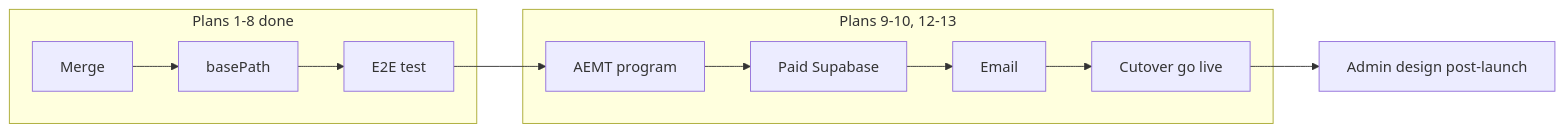
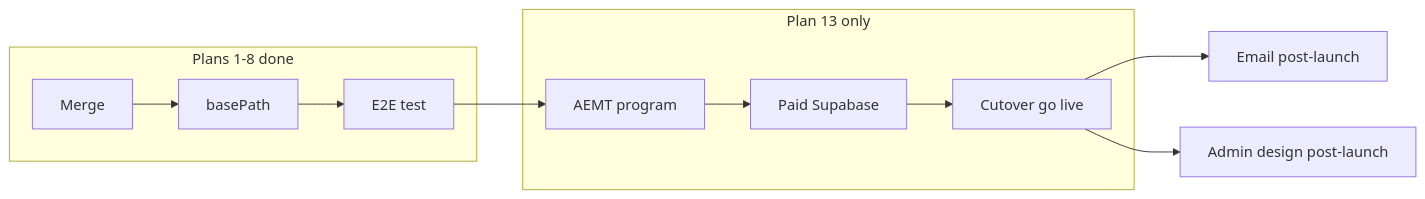
Before and after one commit to abenson07/midwestea: the diagram in docs/migration-plan.md, drawn with Mermaid. The commit also changed other lines of this file and 3 other files, not shown here.

First line of the commit message:
Update cutover runbook and migration plan for production launch.

````diff
--- a/docs/migration-plan.md
+++ b/docs/migration-plan.md
@@ -79,14 +77,14 @@
 ```mermaid
 flowchart LR
   subgraph foundation [Plans 1-8 done]
     P1[Merge] --> P2[basePath]
     P2 --> P8[E2E test]
   end
-  subgraph prelaunch [Plans 9-10, 12-13]
+  subgraph prelaunch [Plan 13 only]
     P8 --> P9[AEMT program]
     P9 --> P10[Paid Supabase]
-    P10 --> P12[Email]
-    P12 --> P13[Cutover go live]
+    P10 --> P13[Cutover go live]
   end
+  P13 --> P12[Email post-launch]
   P13 --> P11[Admin design post-launch]
 ```
````
